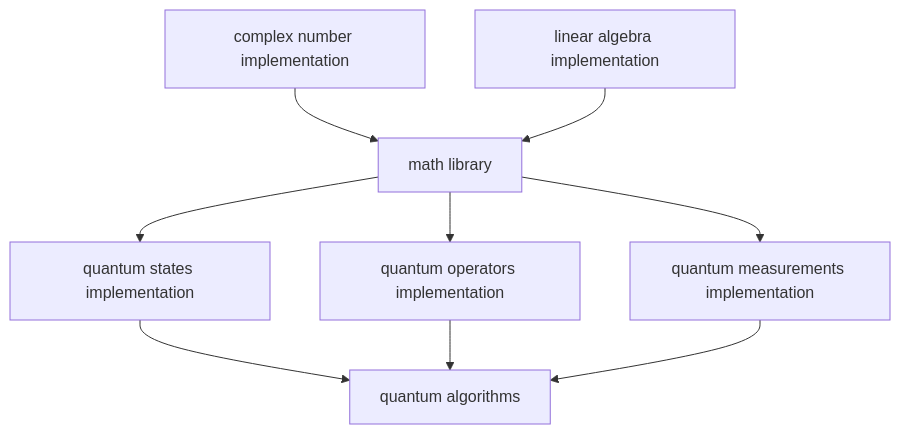
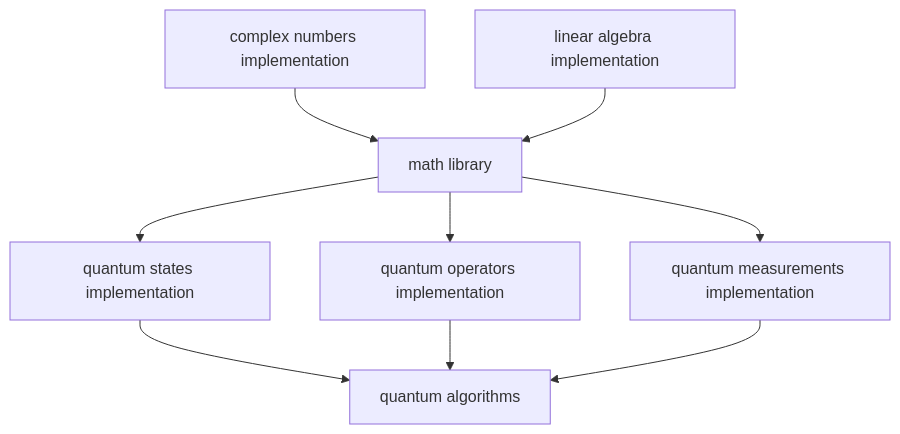
The first of 2 diagrams in README.md (dr-programmer/qbit), drawn with Mermaid before and after one commit. The commit also changed other lines of this file, not shown here.

````diff
--- a/README.md
+++ b/README.md
@@ -22,12 +22,12 @@
 ```mermaid
 graph TD;
-  A[complex number implementation] --> C;
+  A[complex numbers implementation] --> C;
   B[linear algebra implementation] --> C;
   C[math library] --> D;
   C --> E;
   C --> F;
   D[quantum states implementation] --> G;
   E[quantum operators implementation] --> G;
   F[quantum measurements implementation] --> G;
   G[quantum algorithms];
 ```
````
